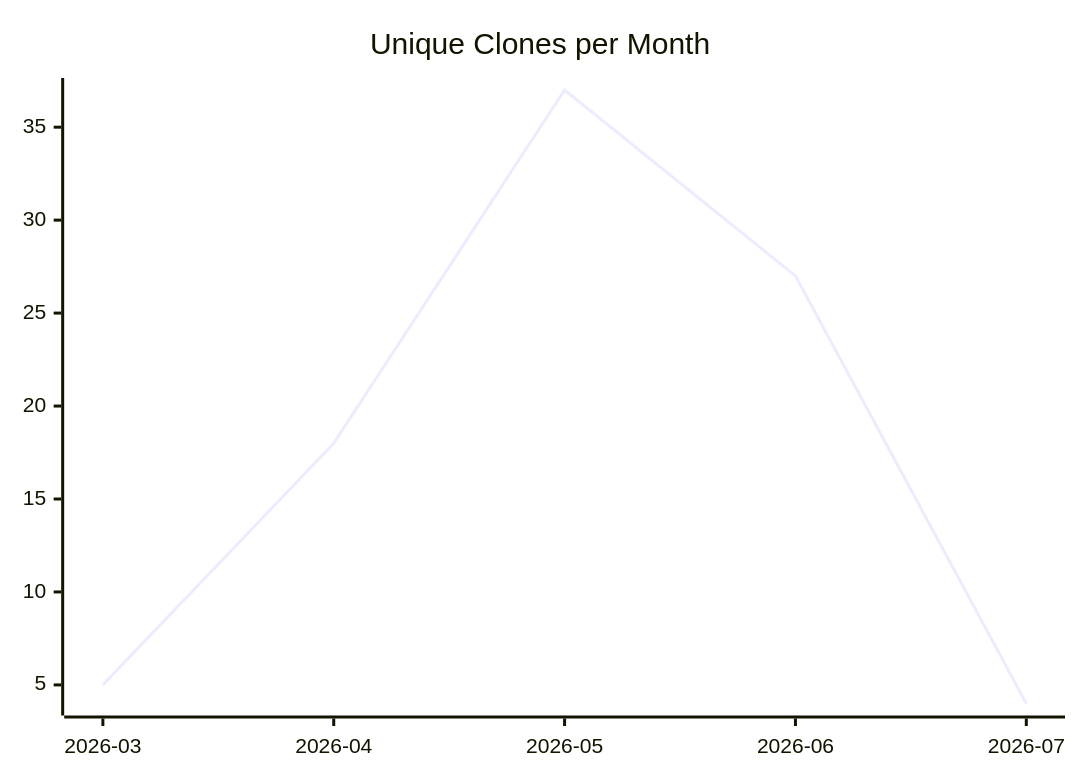
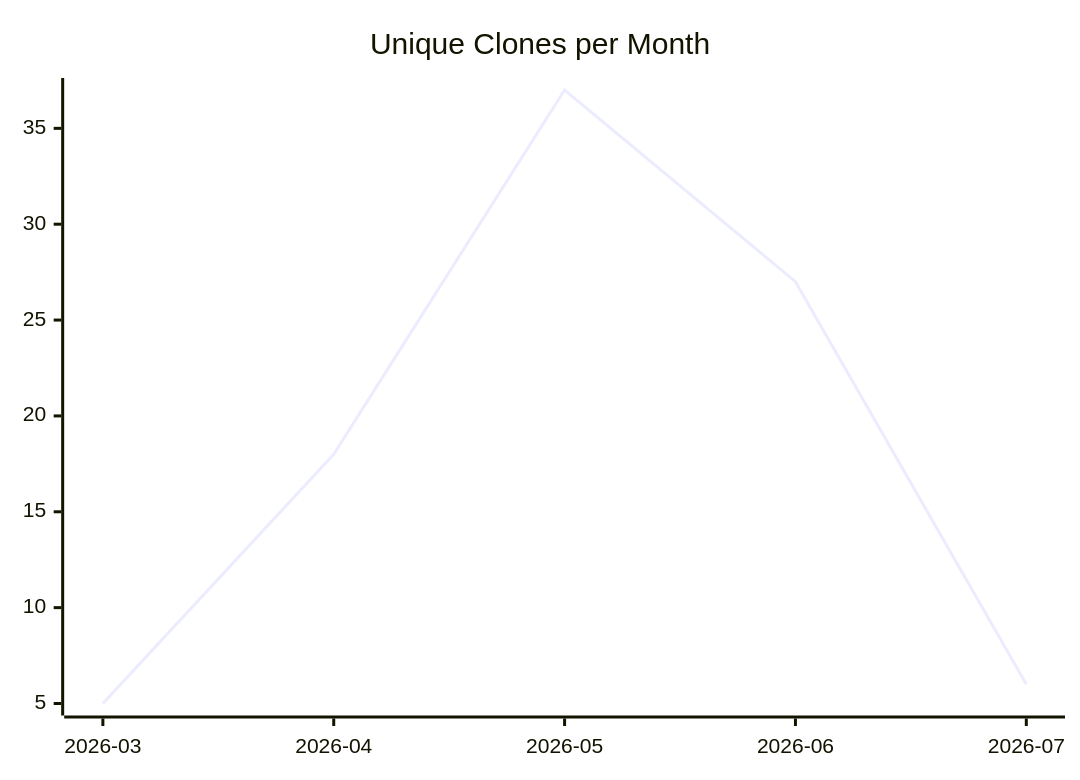
Before and after one commit to justdavis-family/github-analytics-data: the third of 3 diagrams in karlmdavis/obsidian-operator/README.md, drawn with Mermaid. The commit also changed other lines of this file and 169 other files, not shown here.

````diff
--- a/karlmdavis/obsidian-operator/README.md
+++ b/karlmdavis/obsidian-operator/README.md
@@ -19,6 +19,6 @@
 ```mermaid
 xychart-beta
   title "Unique Clones per Month"
   x-axis ["2026-03", "2026-04", "2026-05", "2026-06", "2026-07"]
-  line [5, 18, 37, 27, 4]
+  line [5, 18, 37, 27, 6]
 ```
````
